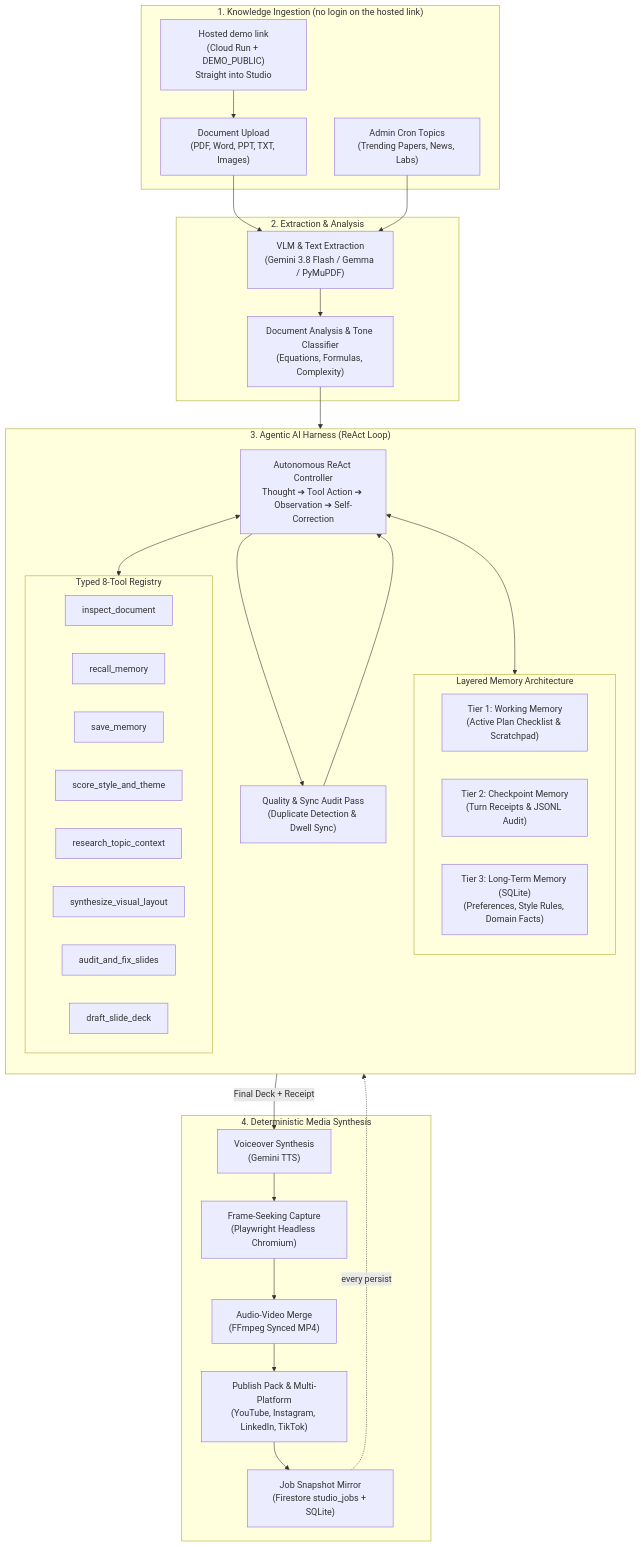
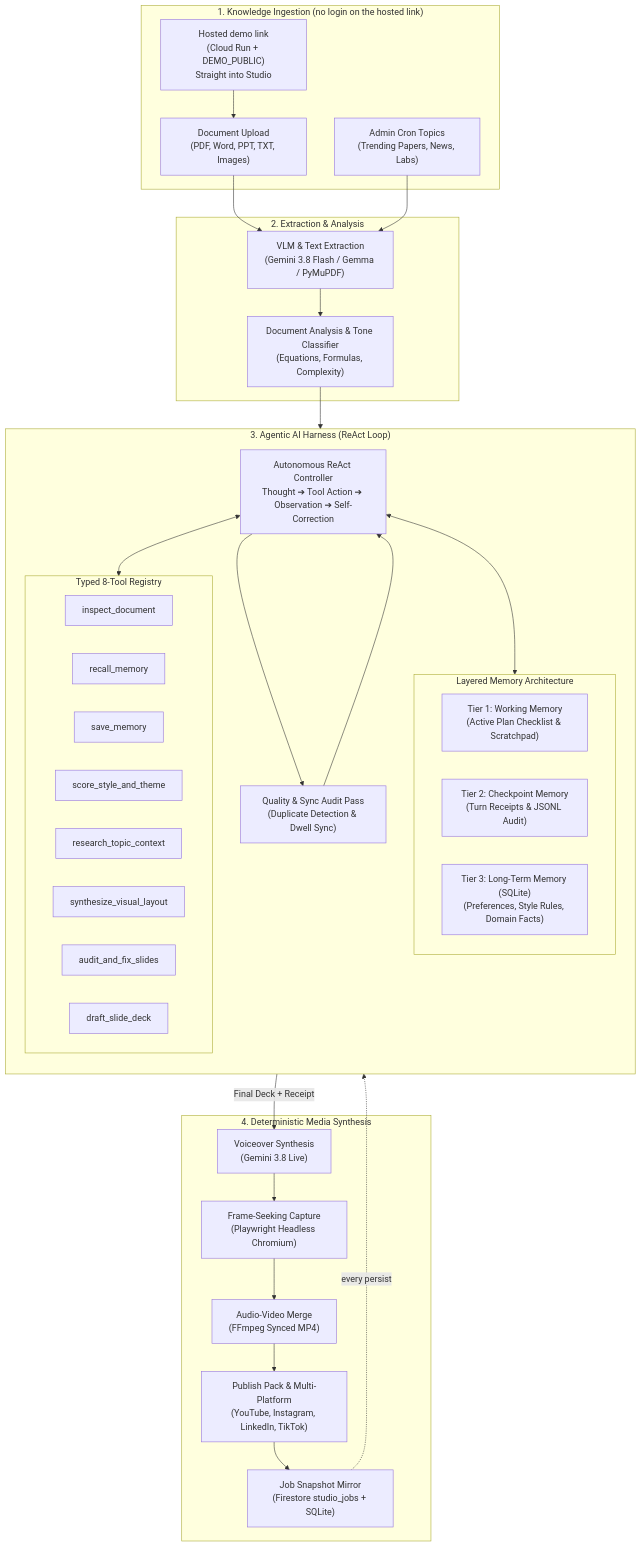
One commit to saitej123/Gemini-Multimodal-Studio changed the diagram in README.md. Above: the diagram before and after it, drawn with Mermaid. The commit also changed other lines of this file and 12 other files, not shown here.

````diff
--- a/README.md
+++ b/README.md
@@ -126,62 +132,62 @@
 ```mermaid
 flowchart TD
     subgraph Inputs["1. Knowledge Ingestion (no login on the hosted link)"]
         Demo["Hosted demo link<br/>(Cloud Run + DEMO_PUBLIC)<br/>Straight into Studio"]
         Doc["Document Upload<br/>(PDF, Word, PPT, TXT, Images)"]
         Cron["Admin Cron Topics<br/>(Trending Papers, News, Labs)"]
     end
 
     subgraph ExtractStage["2. Extraction & Analysis"]
         VLM["VLM & Text Extraction<br/>(Gemini 3.8 Flash / Gemma / PyMuPDF)"]
         Analysis["Document Analysis & Tone Classifier<br/>(Equations, Formulas, Complexity)"]
     end
 
     subgraph AgentHarness["3. Agentic AI Harness (ReAct Loop)"]
         direction TB
         subgraph MemoryTiers["Layered Memory Architecture"]
             WM["Tier 1: Working Memory<br/>(Active Plan Checklist & Scratchpad)"]
             CM["Tier 2: Checkpoint Memory<br/>(Turn Receipts & JSONL Audit)"]
             LTM["Tier 3: Long-Term Memory (SQLite)<br/>(Preferences, Style Rules, Domain Facts)"]
         end
 
         subgraph ToolRegistry["Typed 8-Tool Registry"]
             T1["inspect_document"]
             T2["recall_memory"]
             T3["save_memory"]
             T4["score_style_and_theme"]
             T5["research_topic_context"]
             T6["synthesize_visual_layout"]
             T7["audit_and_fix_slides"]
             T8["draft_slide_deck"]
         end
 
         ReAct["Autonomous ReAct Controller<br/>Thought ➔ Tool Action ➔ Observation ➔ Self-Correction"]
         Audit["Quality & Sync Audit Pass<br/>(Duplicate Detection & Dwell Sync)"]
     end
 
     subgraph VideoPipeline["4. Deterministic Media Synthesis"]
-        Narrate["Voiceover Synthesis<br/>(Gemini TTS)"]
+        Narrate["Voiceover Synthesis<br/>(Gemini 3.8 Live)"]
         Capture["Frame-Seeking Capture<br/>(Playwright Headless Chromium)"]
         Merge["Audio-Video Merge<br/>(FFmpeg Synced MP4)"]
         Publish["Publish Pack & Multi-Platform<br/>(YouTube, Instagram, LinkedIn, TikTok)"]
         Store["Job Snapshot Mirror<br/>(Firestore studio_jobs + SQLite)"]
     end
 
     Demo --> Doc
     Doc --> VLM
     Cron --> VLM
     VLM --> Analysis
     Analysis --> ReAct
 
     ReAct <--> MemoryTiers
     ReAct <--> ToolRegistry
     ReAct --> Audit
     Audit --> ReAct
     ReAct -->|Final Deck + Receipt| Narrate
 
     Narrate --> Capture
     Capture --> Merge
     Merge --> Publish
     Publish --> Store
     Store -. every persist .-> ReAct
 ```
````
